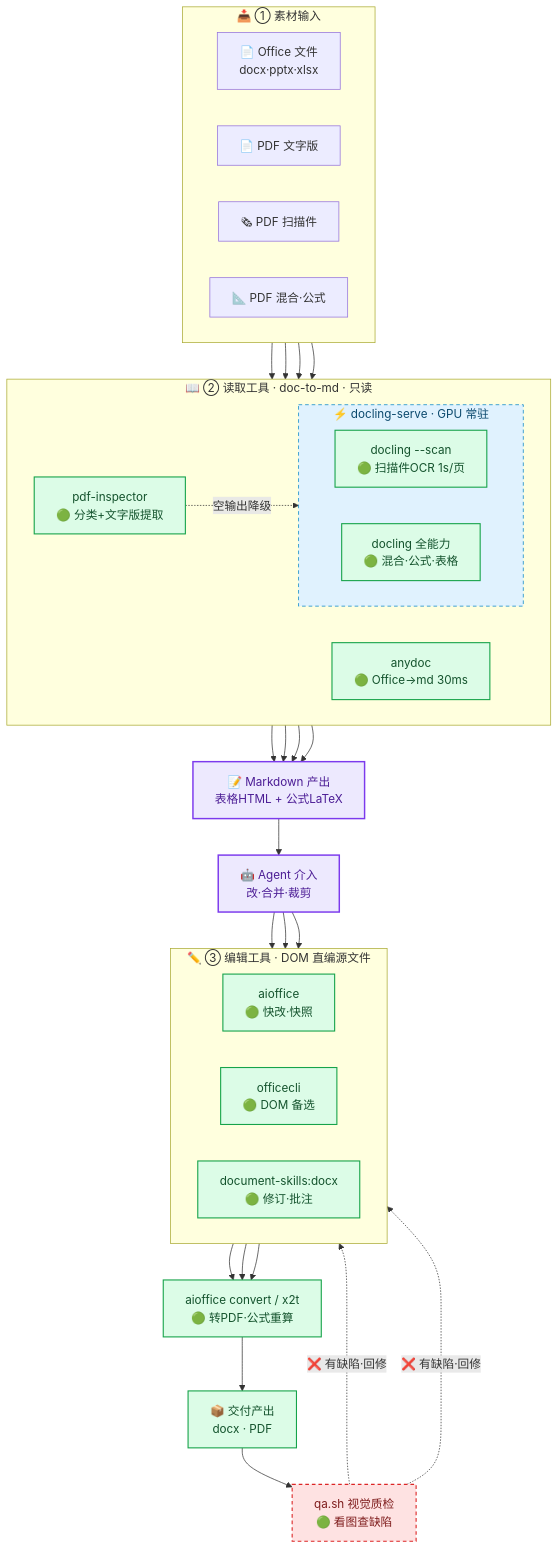
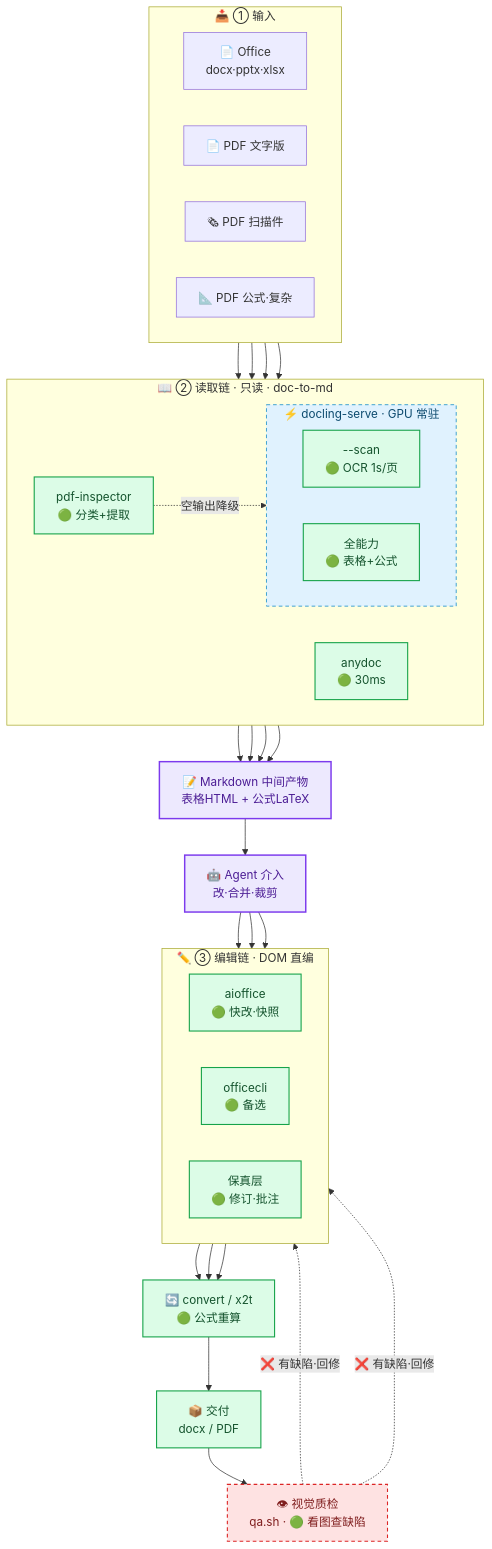
One commit to TunaTung/office-workflow changed the diagram in README.md. Above: the diagram before and after it, drawn with Mermaid.

Commit message:
架构图定稿: 恢复四色版本(输入/读取/编辑/交付质检+回环), 🟢实测标记
用户定稿: 素材输入→读取工具(anydoc 30ms/docling 1s页)→Markdown→Agent
→编辑工具(aioffice/officecli/保真层)→convert/x2t→交付→qa.sh质检
→❌回修闭环; 四色语义+红回环

````diff
--- a/README.md
+++ b/README.md
@@ -29,72 +29,72 @@
 ```mermaid
 flowchart TD
-    %% ═══ ① 素材输入 ═══
-    subgraph L1[📥 ① 素材输入]
+    %% ═══ ① 输入层 ═══
+    subgraph L1[📥 ① 输入]
         direction LR
-        IN1[📄 Office 文件<br/>docx·pptx·xlsx]
+        IN1[📄 Office<br/>docx·pptx·xlsx]
         IN2[📄 PDF 文字版]
         IN3[🗞 PDF 扫描件]
-        IN4[📐 PDF 混合·公式]
+        IN4[📐 PDF 公式·复杂]
     end
 
-    %% ═══ ② 读取工具 ═══
-    subgraph L2[📖 ② 读取工具 · doc-to-md · 只读]
+    %% ═══ ② 读取链 ═══
+    subgraph L2[📖 ② 读取链 · 只读 · doc-to-md]
         direction LR
-        A1[anydoc<br/>🟢 Office→md 30ms]
-        A2[pdf-inspector<br/>🟢 分类+文字版提取]
+        A1[anydoc<br/>🟢 30ms]
+        A2[pdf-inspector<br/>🟢 分类+提取]
         subgraph SERVE[⚡ docling-serve · GPU 常驻]
             direction LR
-            A3[docling --scan<br/>🟢 扫描件OCR 1s/页]
-            A4[docling 全能力<br/>🟢 混合·公式·表格]
+            A3[--scan<br/>🟢 OCR 1s/页]
+            A4[全能力<br/>🟢 表格+公式]
         end
     end
 
     %% ═══ 中间产物 ═══
-    MD[📝 Markdown 产出<br/>表格HTML + 公式LaTeX]
+    MD[📝 Markdown 中间产物<br/>表格HTML + 公式LaTeX]
     AGT[🤖 Agent 介入<br/>改·合并·裁剪]
 
-    %% ═══ ③ 编辑工具 ═══
-    subgraph L3[✏️ ③ 编辑工具 · DOM 直编源文件]
+    %% ═══ ③ 编辑链 ═══
+    subgraph L3[✏️ ③ 编辑链 · DOM 直编]
         direction LR
         B1[aioffice<br/>🟢 快改·快照]
-        B2[officecli<br/>🟢 DOM 备选]
-        B3[document-skills:docx<br/>🟢 修订·批注]
+        B2[officecli<br/>🟢 备选]
+        B3[保真层<br/>🟢 修订·批注]
     end
 
-    %% ═══ ④ 交付工具 + 产出 ═══
-    CVT[aioffice convert / x2t<br/>🟢 转PDF·公式重算]
-    OUT[📦 交付产出<br/>docx · PDF]
-    QA[qa.sh 视觉质检<br/>🟢 看图查缺陷]
+    %% ═══ ④ 交付+质检 ═══
+    CVT[🔄 convert / x2t<br/>🟢 公式重算]
+    OUT[📦 交付<br/>docx / PDF]
+    QA[👁 视觉质检<br/>qa.sh · 🟢 看图查缺陷]
 
     %% ═══ 连线（主链贯通） ═══
     IN1 --> A1
     IN2 --> A2
     IN3 --> A3
     IN4 --> A4
     A1 --> MD
     A2 --> MD
     A2 -.空输出降级.-> A3
     A3 --> MD
     A4 --> MD
     MD --> AGT
     AGT --> B1 & B2 & B3
     B1 --> CVT
     B2 --> CVT
     B3 --> CVT
     CVT --> OUT
     OUT --> QA
 
     %% ═══ 质检回环（闭环关键） ═══
     QA -.❌ 有缺陷·回修.-> B1
     QA -.❌ 有缺陷·回修.-> B3
 
-    %% ═══ 配色（语义：主链绿 / 底座蓝 / 回环红 / 核心紫） ═══
+    %% ═══ 配色（语义：主链绿 / 底座蓝 / 回环红） ═══
     classDef main fill:#dcfce7,stroke:#16a34a,stroke-width:1.5,color:#14532d
     classDef core fill:#ede9fe,stroke:#7c3aed,stroke-width:2,color:#4c1d95
     classDef base fill:#e0f2fe,stroke:#0284c7,stroke-dasharray:5 4,color:#0c4a6e
     classDef loop fill:#fee2e2,stroke:#dc2626,stroke-dasharray:5 4,color:#7f1d1d
     class A1,A2,A3,A4,B1,B2,B3,CVT,OUT,QA main
     class MD,AGT core
     class SERVE base
     class QA loop
 ```
````
